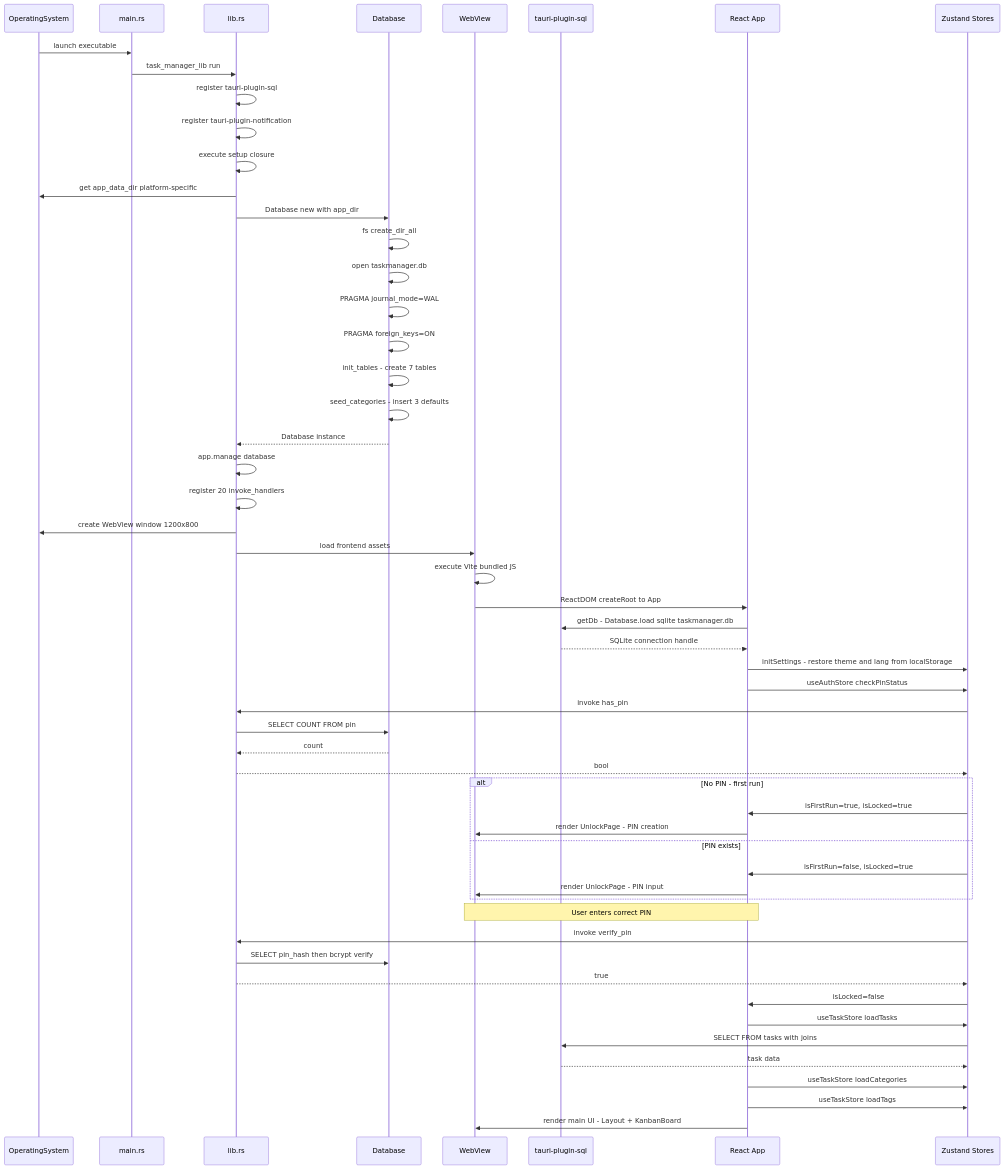
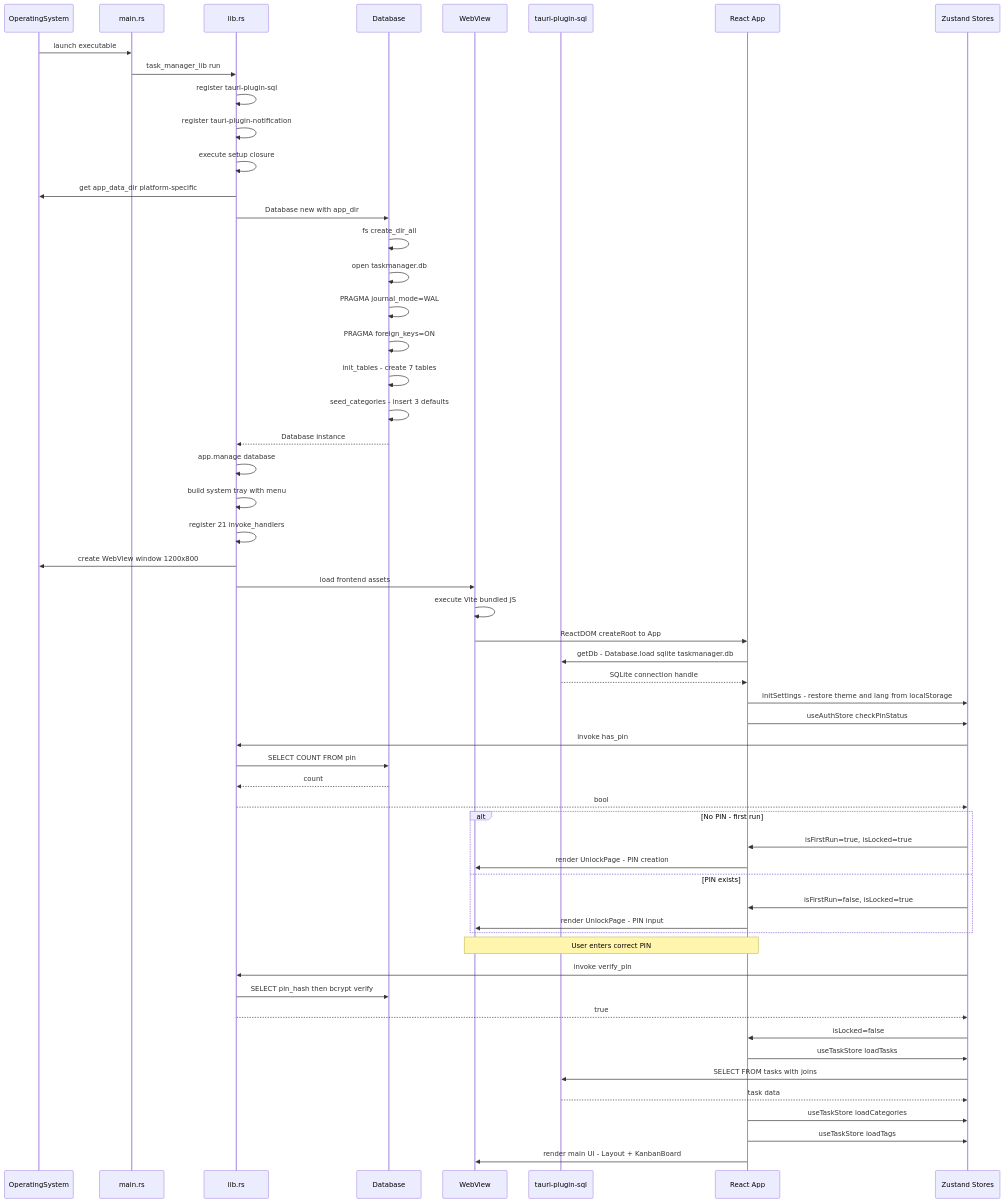
One commit to kindywu/task-manager changed the second of 12 diagrams in docs/ARCHITECTURE.md. Above: the diagram before and after it, drawn with Mermaid. The commit also changed other lines of this file and 2 other files, not shown here.

````diff
--- a/docs/ARCHITECTURE.md
+++ b/docs/ARCHITECTURE.md
@@ -333,61 +337,62 @@
 ```mermaid
 sequenceDiagram
     participant OS as OperatingSystem
     participant BIN as main.rs
     participant LIB as lib.rs
     participant DB as Database
     participant WV as WebView
     participant PLUGIN as tauri-plugin-sql
     participant REACT as React App
     participant STORE as Zustand Stores
 
     OS->>BIN: launch executable
     BIN->>LIB: task_manager_lib run
     LIB->>LIB: register tauri-plugin-sql
     LIB->>LIB: register tauri-plugin-notification
     LIB->>LIB: execute setup closure
     LIB->>OS: get app_data_dir platform-specific
     LIB->>DB: Database new with app_dir
     DB->>DB: fs create_dir_all
     DB->>DB: open taskmanager.db
     DB->>DB: PRAGMA journal_mode=WAL
     DB->>DB: PRAGMA foreign_keys=ON
     DB->>DB: init_tables - create 7 tables
     DB->>DB: seed_categories - insert 3 defaults
     DB-->>LIB: Database instance
     LIB->>LIB: app.manage database
-    LIB->>LIB: register 20 invoke_handlers
+    LIB->>LIB: build system tray with menu
+    LIB->>LIB: register 21 invoke_handlers
     LIB->>OS: create WebView window 1200x800
     LIB->>WV: load frontend assets
     WV->>WV: execute Vite bundled JS
     WV->>REACT: ReactDOM createRoot to App
     REACT->>PLUGIN: getDb - Database.load sqlite taskmanager.db
     PLUGIN-->>REACT: SQLite connection handle
     REACT->>STORE: initSettings - restore theme and lang from localStorage
     REACT->>STORE: useAuthStore checkPinStatus
     STORE->>LIB: invoke has_pin
     LIB->>DB: SELECT COUNT FROM pin
     DB-->>LIB: count
     LIB-->>STORE: bool
 
     alt No PIN - first run
         STORE->>REACT: isFirstRun=true, isLocked=true
         REACT->>WV: render UnlockPage - PIN creation
     else PIN exists
         STORE->>REACT: isFirstRun=false, isLocked=true
         REACT->>WV: render UnlockPage - PIN input
     end
 
     Note over REACT,WV: User enters correct PIN
 
     STORE->>LIB: invoke verify_pin
     LIB->>DB: SELECT pin_hash then bcrypt verify
     LIB-->>STORE: true
     STORE->>REACT: isLocked=false
     REACT->>STORE: useTaskStore loadTasks
     STORE->>PLUGIN: SELECT FROM tasks with joins
     PLUGIN-->>STORE: task data
     REACT->>STORE: useTaskStore loadCategories
     REACT->>STORE: useTaskStore loadTags
     REACT->>WV: render main UI - Layout + KanbanBoard
 ```
````
